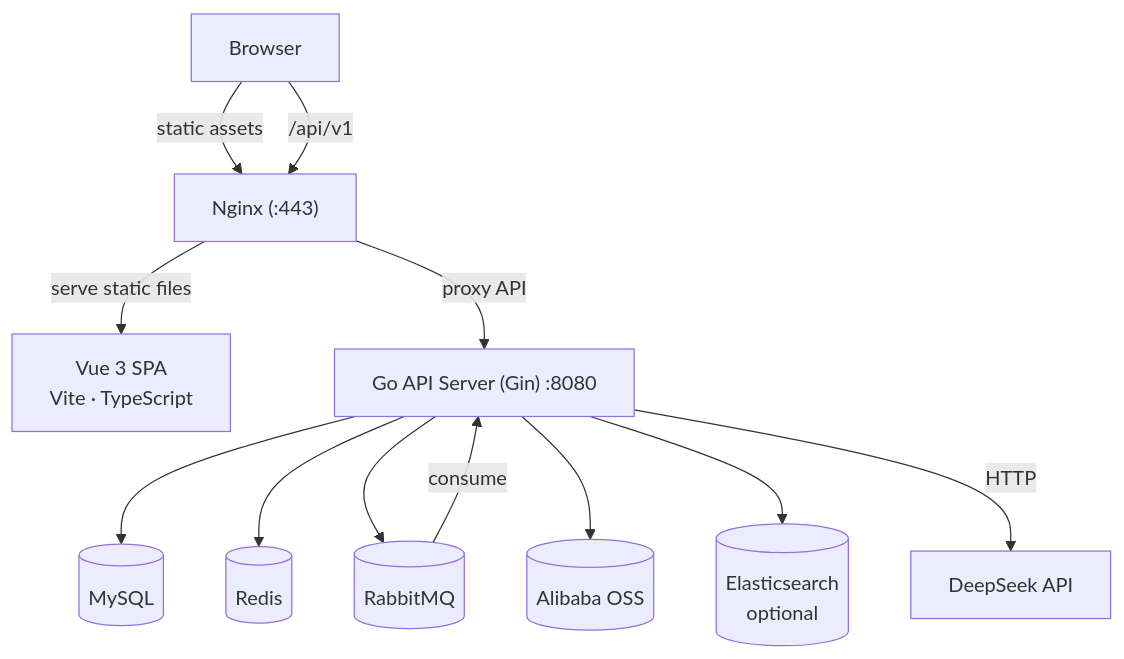
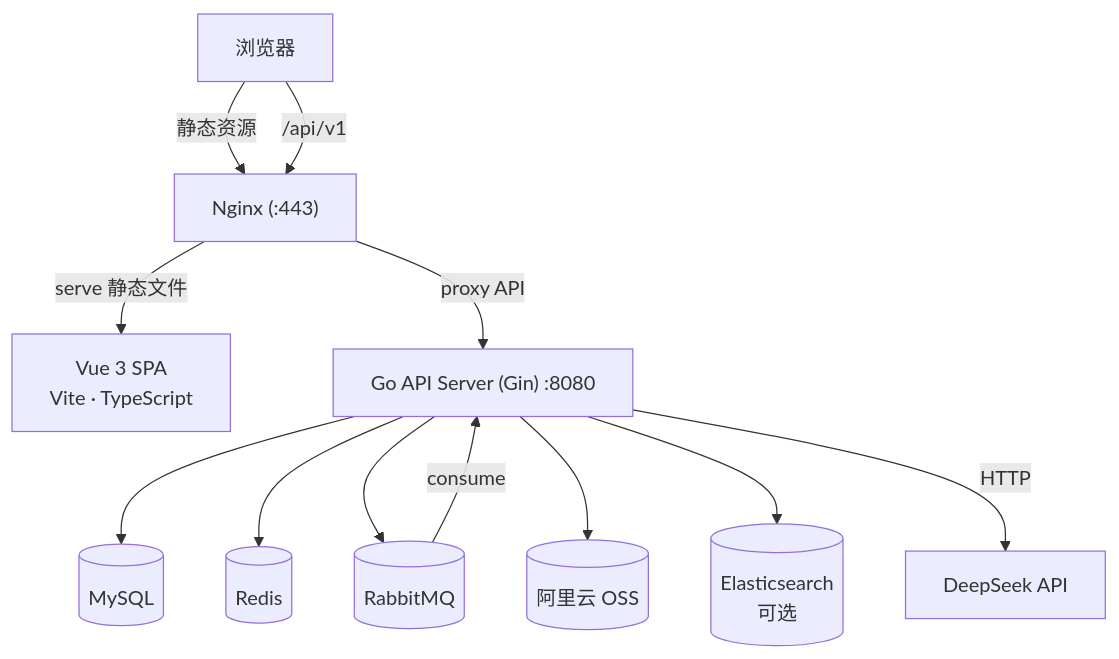
One commit to earthcake2233/cakecake changed the first of 4 diagrams in docs/ARCHITECTURE.md. Above: the diagram before and after it, drawn with Mermaid. The commit also changed other lines of this file and 2 other files, not shown here.

Commit message:
docs: swap ARCHITECTURE files so .md defaults to Chinese matching README convention

````diff
--- a/docs/ARCHITECTURE.md
+++ b/docs/ARCHITECTURE.md
@@ -7,27 +7,27 @@
 ```mermaid
 graph TB
-    Browser["Browser"]
+    Browser["浏览器"]
     Nginx["Nginx (:443)"]
 
     Vue["Vue 3 SPA<br/>Vite · TypeScript"]
     Gin["Go API Server (Gin) :8080"]
 
     MySQL[("MySQL")]
     Redis[("Redis")]
     RMQ[("RabbitMQ")]
-    OSS[("Alibaba OSS")]
-    ES[("Elasticsearch<br/>optional")]
+    OSS[("阿里云 OSS")]
+    ES[("Elasticsearch<br/>可选")]
     DS["DeepSeek API"]
 
-    Browser -->|static assets| Nginx
+    Browser -->|静态资源| Nginx
     Browser -->|/api/v1| Nginx
-    Nginx -->|serve static files| Vue
+    Nginx -->|serve 静态文件| Vue
     Nginx -->|proxy API| Gin
     Gin --> MySQL
     Gin --> Redis
     Gin --> RMQ
     Gin --> OSS
     Gin --> ES
     Gin -->|HTTP| DS
     RMQ -->|consume| Gin
 ```
````
